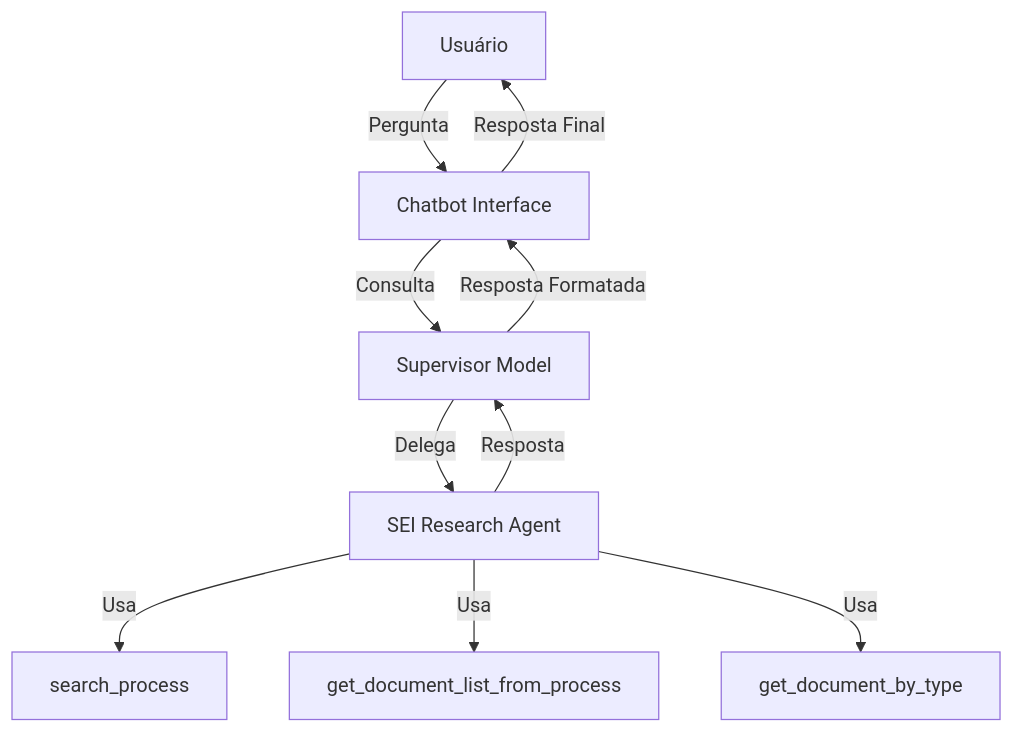
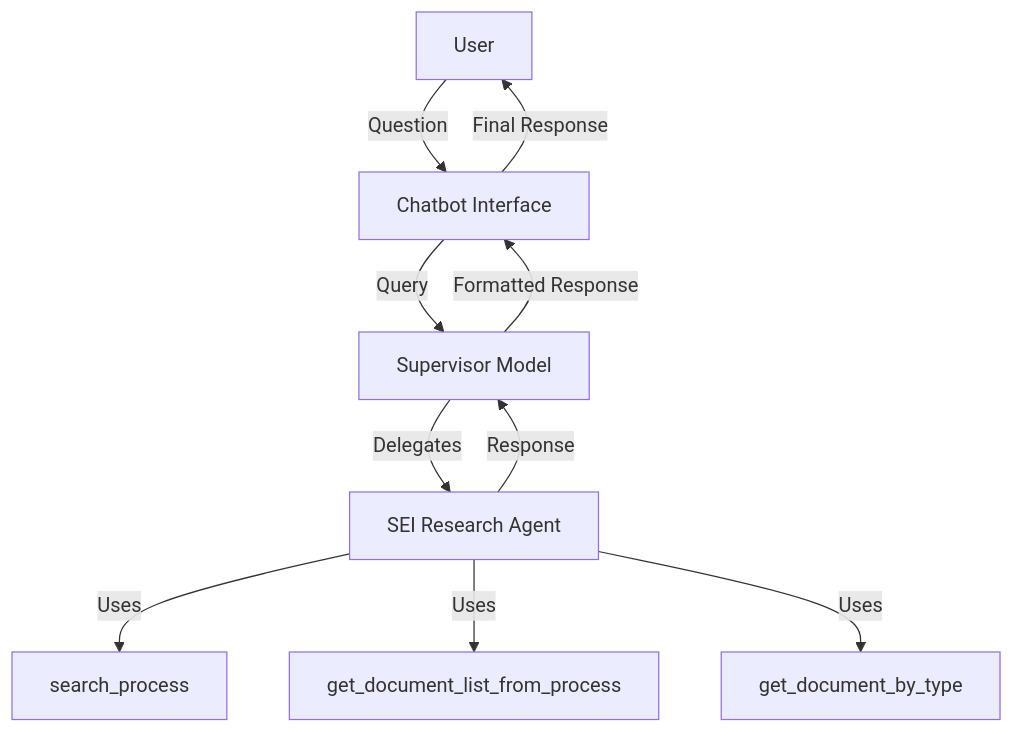
The diagram in README.md (yiohans/sei_chatbot), drawn with Mermaid before and after one commit. The commit also changed other lines of this file, not shown here.

````diff
--- a/README.md
+++ b/README.md
@@ -39,12 +39,12 @@
 ```mermaid
 graph TD
-    A[Usuário] -->|Pergunta| B[Chatbot Interface]
-    B -->|Consulta| C[Supervisor Model]
-    C -->|Delega| D[SEI Research Agent]
-    D -->|Usa| E[search_process]
-    D -->|Usa| F[get_document_list_from_process]
-    D -->|Usa| G[get_document_by_type]
-    D -->|Resposta| C
-    C -->|Resposta Formatada| B
-    B -->|Resposta Final| A
+        A[User] -->|Question| B[Chatbot Interface]
+        B -->|Query| C[Supervisor Model]
+        C -->|Delegates| D[SEI Research Agent]
+        D -->|Uses| E[search_process]
+        D -->|Uses| F[get_document_list_from_process]
+        D -->|Uses| G[get_document_by_type]
+        D -->|Response| C
+        C -->|Formatted Response| B
+        B -->|Final Response| A
 ```
````
